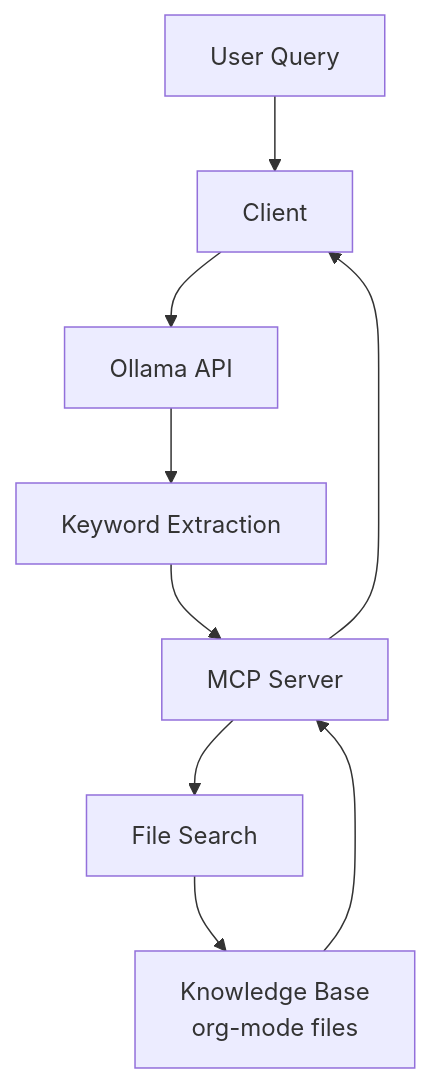
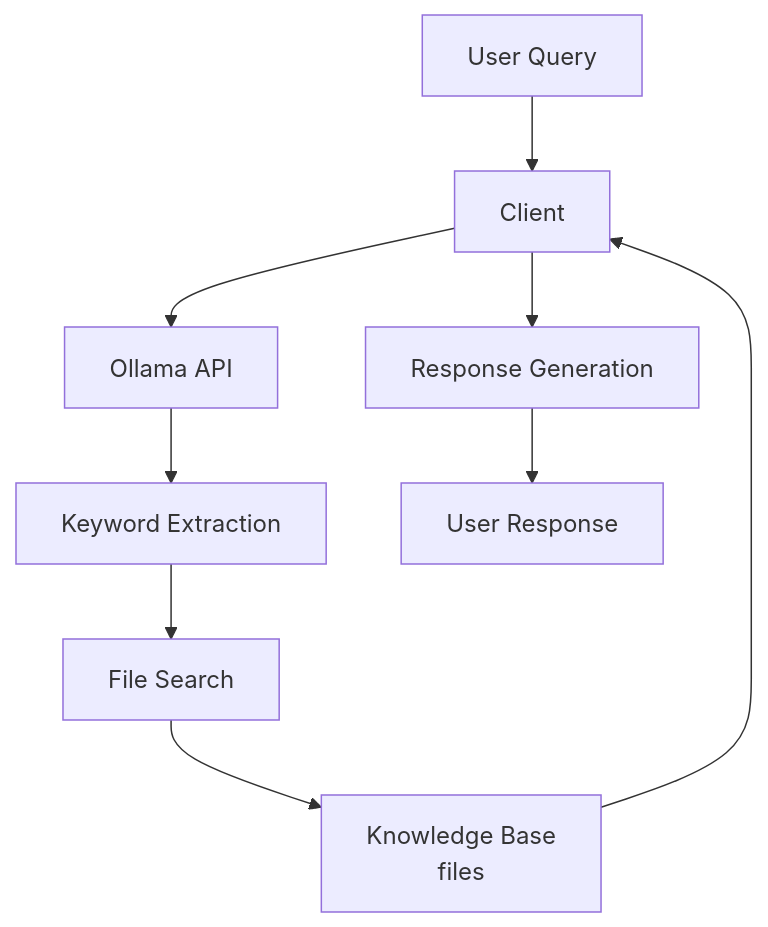
One commit to xorphitus/brain changed the first of 2 diagrams in DESIGN.md. Above: the diagram before and after it, drawn with Mermaid. The commit also changed other lines of this file, not shown here.

````diff
--- a/DESIGN.md
+++ b/DESIGN.md
@@ -8,11 +8,11 @@
 ```mermaid
 graph TD
     A[User Query] --> B[Client]
     B --> C[Ollama API]
     C --> D[Keyword Extraction]
-    D --> E[MCP Server]
-    E --> F[File Search]
-    F --> G[Knowledge Base<br/>org-mode files]
-    G --> E
-    E --> B
+    D --> F[File Search]
+    F --> G[Knowledge Base<br/>files]
+    G --> B
+    B --> H[Response Generation]
+    H --> I[User Response]
 ```
````
